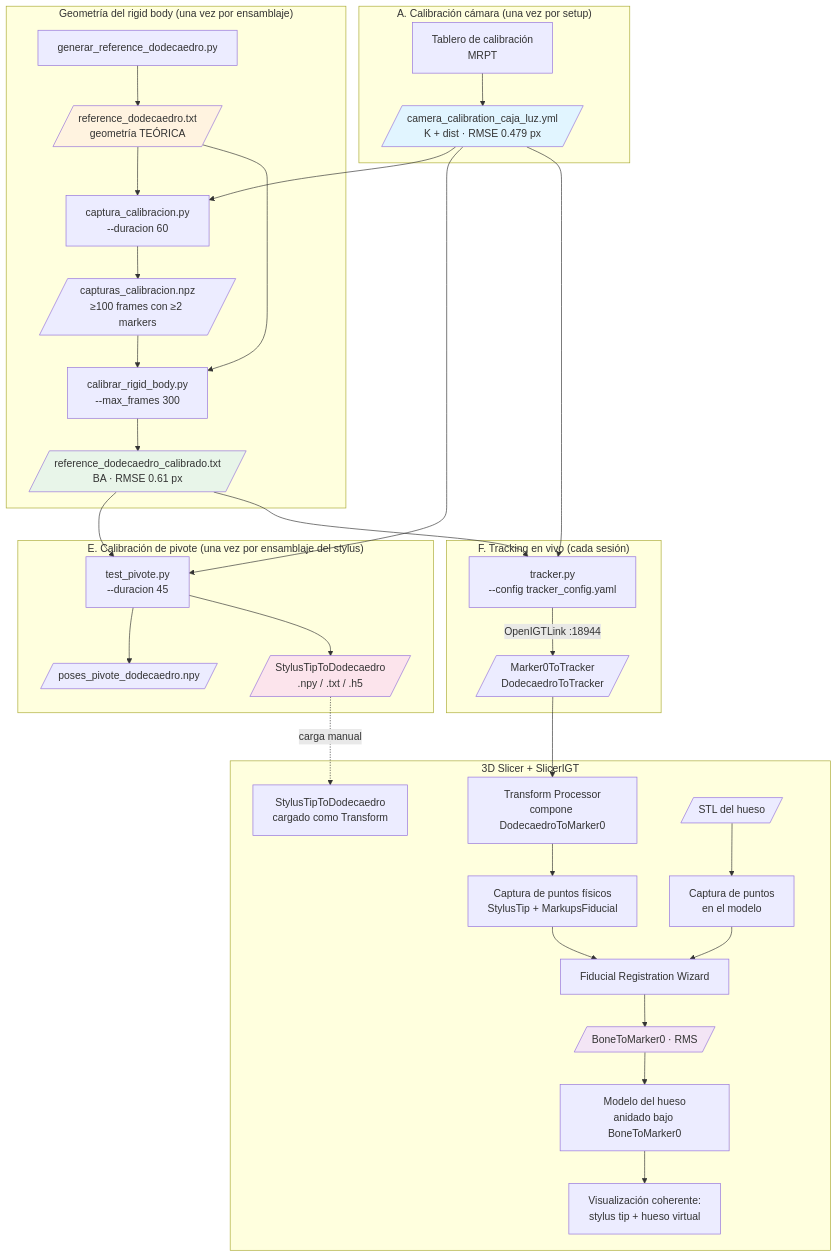
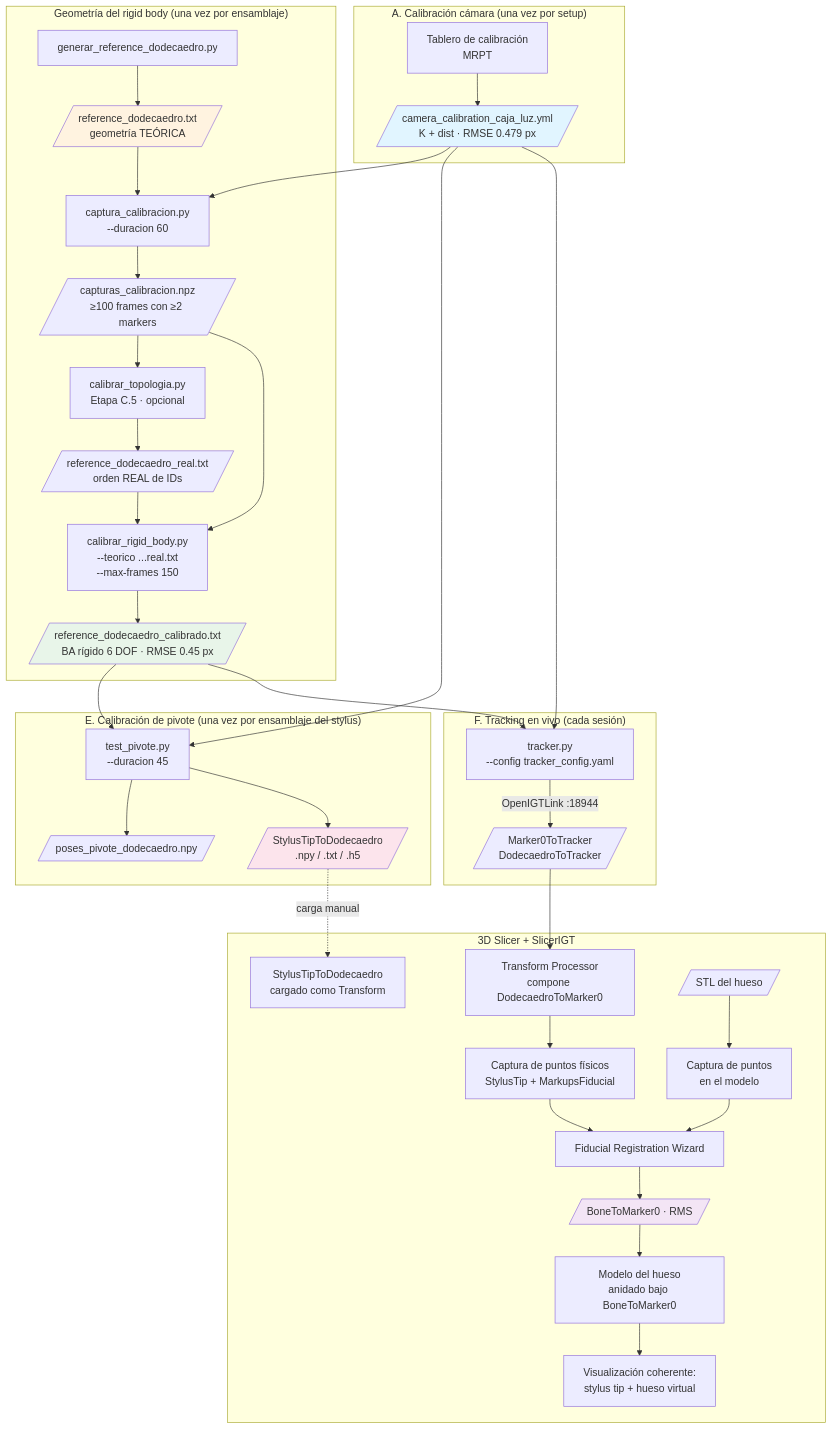
The diagram in documentos/auditoria_iter2/01_mapa_del_flujo.md (chuyAguilar/PoyectoNavegacion), drawn with Mermaid before and after one commit. The commit also changed other lines of this file and 19 other files, not shown here.

````diff
--- a/documentos/auditoria_iter2/01_mapa_del_flujo.md
+++ b/documentos/auditoria_iter2/01_mapa_del_flujo.md
@@ -54,58 +59,60 @@
 ```mermaid
 flowchart TD
     %% ===== Una vez por setup de cámara =====
     subgraph CAM["A. Calibración cámara (una vez por setup)"]
         A1[Tablero de calibración<br/>MRPT]
         A1 --> A2[/camera_calibration_caja_luz.yml<br/>K + dist · RMSE 0.479 px/]
     end
 
     %% ===== Una vez por ensamblaje del dodecaedro =====
     subgraph RB["Geometría del rigid body (una vez por ensamblaje)"]
         B1[generar_reference_dodecaedro.py]
         B1 --> B2[/reference_dodecaedro.txt<br/>geometría TEÓRICA/]
         B2 --> C1[captura_calibracion.py<br/>--duracion 60]
         A2 --> C1
         C1 --> C2[/capturas_calibracion.npz<br/>≥100 frames con ≥2 markers/]
-        C2 --> D1[calibrar_rigid_body.py<br/>--max_frames 300]
-        B2 --> D1
-        D1 --> D2[/reference_dodecaedro_calibrado.txt<br/>BA · RMSE 0.61 px/]
+        C2 --> C5[calibrar_topologia.py<br/>Etapa C.5 · opcional]
+        C5 --> C5out[/reference_dodecaedro_real.txt<br/>orden REAL de IDs/]
+        C2 --> D1[calibrar_rigid_body.py<br/>--teorico ...real.txt<br/>--max-frames 150]
+        C5out --> D1
+        D1 --> D2[/reference_dodecaedro_calibrado.txt<br/>BA rígido 6 DOF · RMSE 0.45 px/]
     end
 
     %% ===== Una vez por ensamblaje del stylus =====
     subgraph PIV["E. Calibración de pivote (una vez por ensamblaje del stylus)"]
         E1[test_pivote.py<br/>--duracion 45]
         D2 --> E1
         A2 --> E1
         E1 --> E2[/poses_pivote_dodecaedro.npy/]
         E1 --> E3[/StylusTipToDodecaedro<br/>.npy / .txt / .h5/]
     end
 
     %% ===== En vivo, una vez por sesión =====
     subgraph LIVE["F. Tracking en vivo (cada sesión)"]
         F1[tracker.py<br/>--config tracker_config.yaml]
         A2 --> F1
         D2 --> F1
         F1 -- "OpenIGTLink :18944" --> S1
     end
 
     %% ===== En Slicer =====
     subgraph SL["3D Slicer + SlicerIGT"]
         S1[/Marker0ToTracker<br/>DodecaedroToTracker/]
         E3 -.carga manual.-> S2
         S2[StylusTipToDodecaedro<br/>cargado como Transform]
         S1 --> S3[Transform Processor<br/>compone DodecaedroToMarker0]
         S3 --> S4[Captura de puntos físicos<br/>StylusTip + MarkupsFiducial]
         S5[/STL del hueso/] --> S6[Captura de puntos<br/>en el modelo]
         S4 --> S7[Fiducial Registration Wizard]
         S6 --> S7
         S7 --> S8[/BoneToMarker0 · RMS/]
         S8 --> S9[Modelo del hueso<br/>anidado bajo BoneToMarker0]
         S9 --> S10[Visualización coherente:<br/>stylus tip + hueso virtual]
     end
 
     style A2 fill:#e1f5ff
     style B2 fill:#fff3e0
     style D2 fill:#e8f5e9
     style E3 fill:#fce4ec
     style S8 fill:#f3e5f5
 ```
````
